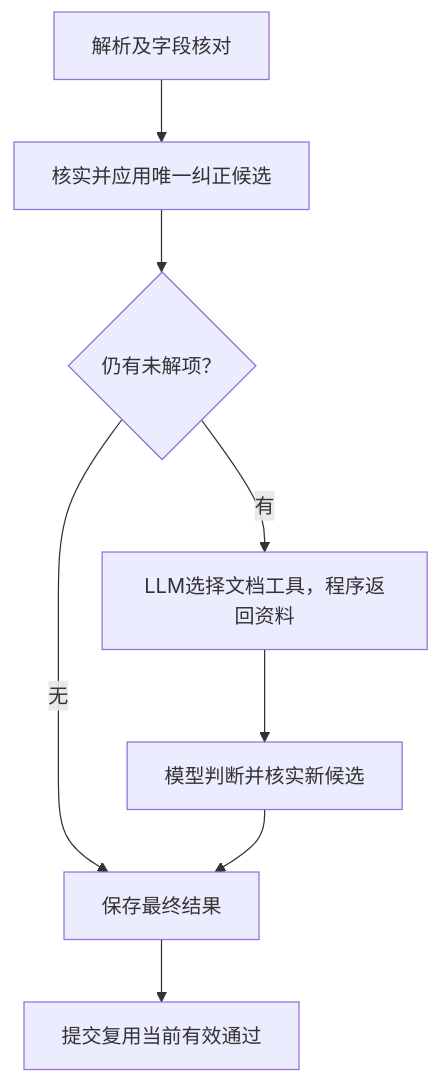
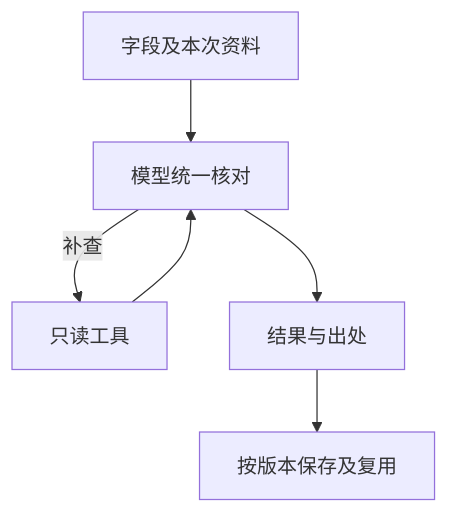
Before and after one commit to JLU-ICCMS-MaYuan/SC-Wiki: the diagram in docs/overview/01_Decentralized_Uploading_of_Superconductivity_Data/field-review-automation.md, drawn with Mermaid. The commit also changed other lines of this file and 35 other files, not shown here.

````diff
--- a/docs/overview/01_Decentralized_Uploading_of_Superconductivity_Data/field-review-automation.md
+++ b/docs/overview/01_Decentralized_Uploading_of_Superconductivity_Data/field-review-automation.md
@@ -5,10 +5,8 @@
 ```mermaid
 flowchart TD
- A[解析及字段核对] --> B[核实并应用唯一纠正候选]
- B --> C{仍有未解项？}
- C -->|有| D[LLM选择文档工具，程序返回资料]
- D --> E[模型判断并核实新候选]
- C -->|无| F[保存最终结果]
- E --> F
- F --> G[提交复用当前有效通过]
+ A[字段及本次资料] --> B[模型统一核对]
+ B -->|补查| C[只读工具]
+ C --> B
+ B --> D[结果与出处]
+ D --> E[按版本保存及复用]
 ```
````
